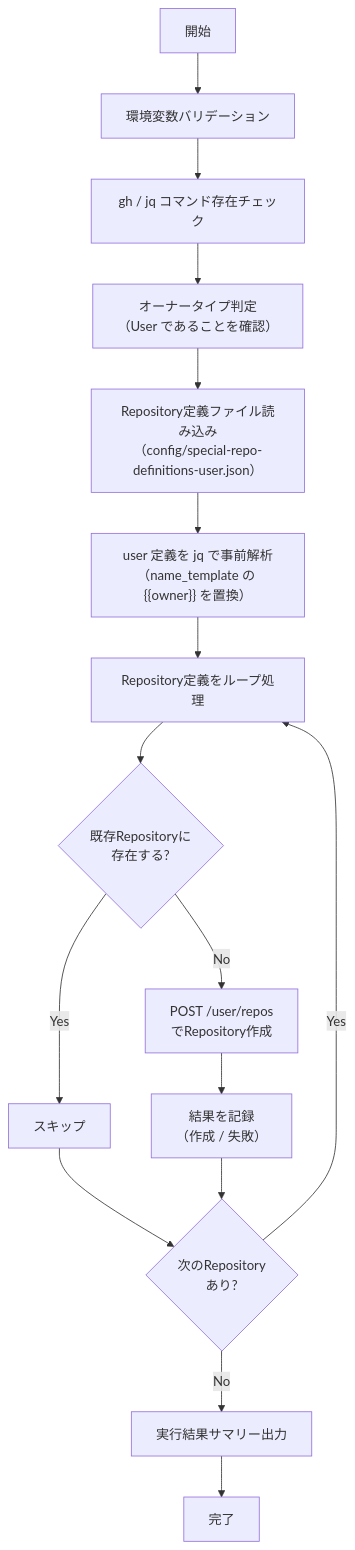
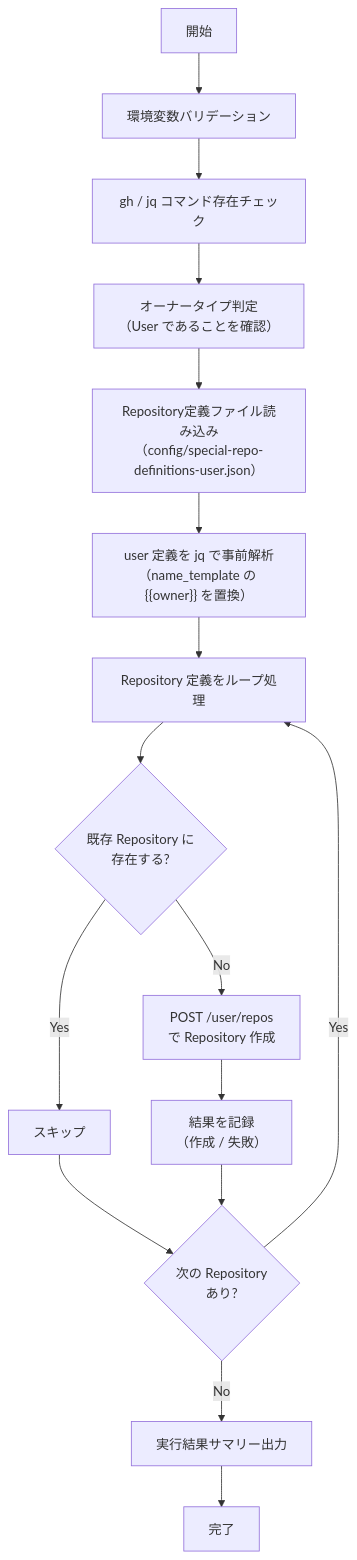
The diagram in docs/scripts/create-special-repos-user.md (mabubu0203/github-projects-starter-kit), drawn with Mermaid before and after one commit. The commit also changed other lines of this file and 11 other files, not shown here.

````diff
--- a/docs/scripts/create-special-repos-user.md
+++ b/docs/scripts/create-special-repos-user.md
@@ -68,20 +68,20 @@
 ```mermaid
 flowchart TD
     A["開始"] --> B["環境変数バリデーション"]
     B --> C["gh / jq コマンド存在チェック"]
     C --> D["オーナータイプ判定\n（User であることを確認）"]
     D --> E["Repository定義ファイル読み込み\n（config/special-repo-definitions-user.json）"]
     E --> F["user 定義を jq で事前解析\n（name_template の {{owner}} を置換）"]
-    F --> G["Repository定義をループ処理"]
+    F --> G["Repository 定義をループ処理"]
 
-    G --> H{"既存Repositoryに\n存在する?"}
+    G --> H{"既存 Repository に\n存在する?"}
     H -- "Yes" --> I["スキップ"]
-    H -- "No" --> J["POST /user/repos\nでRepository作成"]
+    H -- "No" --> J["POST /user/repos\nで Repository 作成"]
 
     J --> K["結果を記録\n（作成 / 失敗）"]
 
-    I & K --> L{"次のRepository\nあり?"}
+    I & K --> L{"次の Repository \nあり?"}
     L -- "Yes" --> G
     L -- "No" --> M["実行結果サマリー出力"]
     M --> N["完了"]
 ```
````
